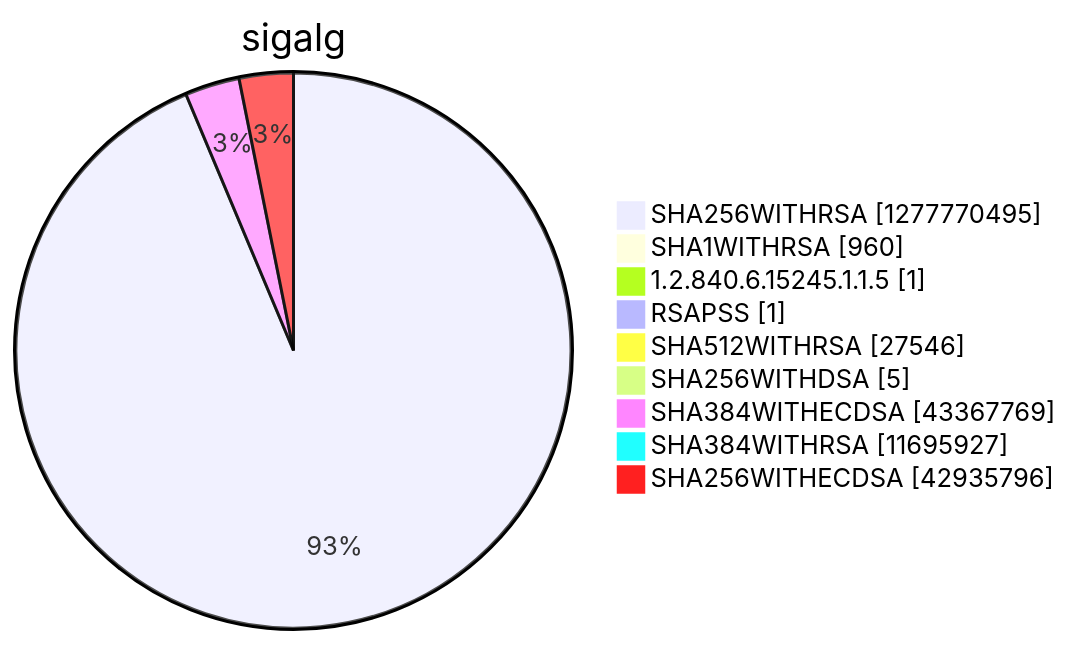
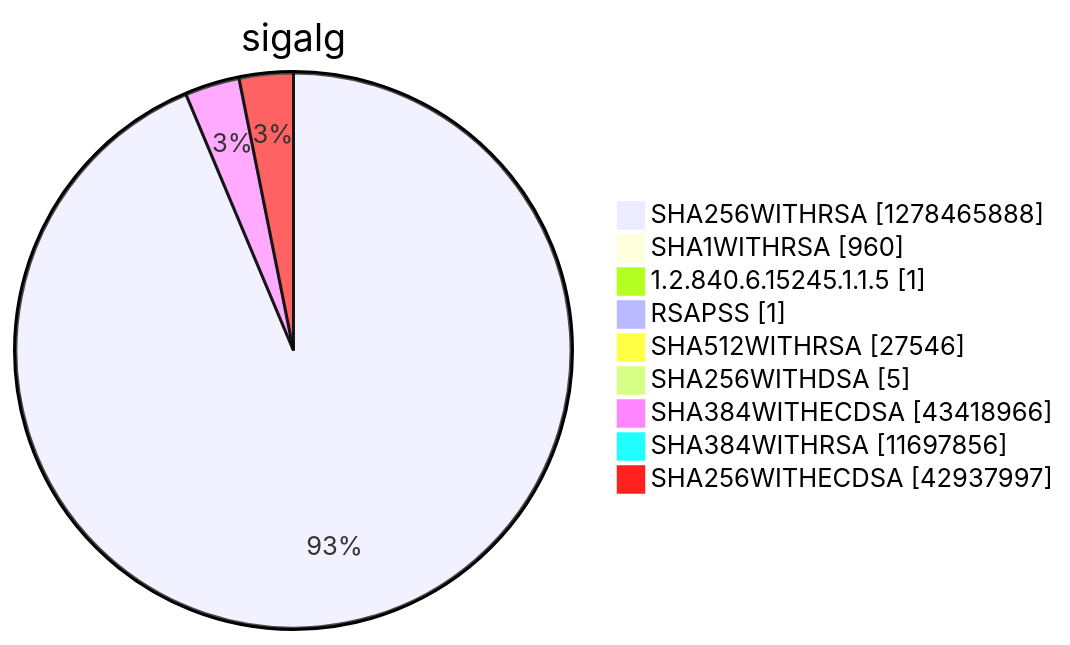
One commit to christiankrug/ctmonitor_visualization changed diagram 15 of 15 in argon2022/README.md. Above: the diagram before and after it, drawn with Mermaid. The commit also changed other lines of this file, not shown here.

````diff
--- a/argon2022/README.md
+++ b/argon2022/README.md
@@ -5522,13 +5522,13 @@
 ```mermaid
 pie showData
 title sigalg
-"SHA256WITHRSA" :1277770495
+"SHA256WITHRSA" :1278465888
 "SHA1WITHRSA" :960
 "1.2.840.6.15245.1.1.5" :1
 "RSAPSS" :1
 "SHA512WITHRSA" :27546
 "SHA256WITHDSA" :5
-"SHA384WITHECDSA" :43367769
-"SHA384WITHRSA" :11695927
-"SHA256WITHECDSA" :42935796
+"SHA384WITHECDSA" :43418966
+"SHA384WITHRSA" :11697856
+"SHA256WITHECDSA" :42937997
 ```
````
